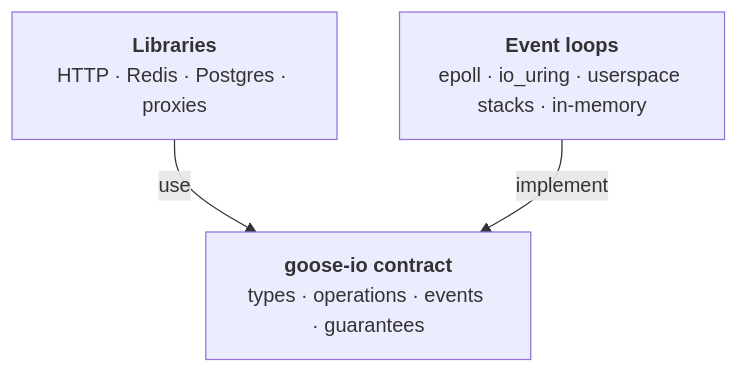
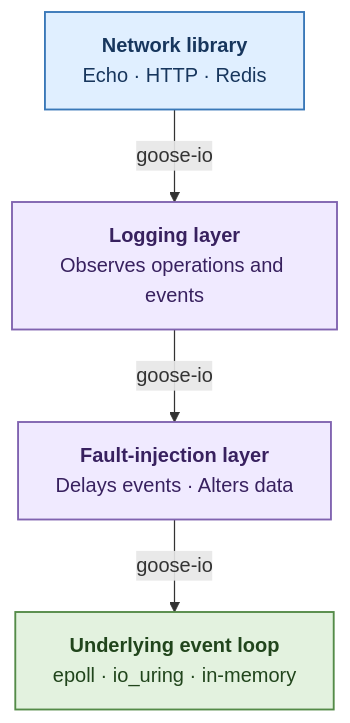
Before and after one commit to BHare1985/goose-io: the third of 3 diagrams in README.md, drawn with Mermaid. The commit also changed other lines of this file, not shown here.

First line of the commit message:
README: add the HTTP-server-calls-Postgres case, and colour the diagrams

````diff
--- a/README.md
+++ b/README.md
@@ -17,8 +215,19 @@
 ```mermaid
 flowchart TB
-    L["<b>Libraries</b><br/>HTTP · Redis · Postgres · proxies"]
-    C["<b>goose-io contract</b><br/>types · operations · events · guarantees"]
-    E["<b>Event loops</b><br/>epoll · io_uring · userspace stacks · in-memory"]
-    L -- "use" --> C
-    E -- "implement" --> C
+    L["<b>Network library</b><br/>Echo · HTTP · Redis"]
+    W1["<b>Logging layer</b><br/>Observes operations and events"]
+    W2["<b>Fault-injection layer</b><br/>Delays events · Alters data"]
+    P["<b>Underlying event loop</b><br/>epoll · io_uring · in-memory"]
+
+    L -->|"goose-io"| W1
+    W1 -->|"goose-io"| W2
+    W2 -->|"goose-io"| P
+
+    classDef library fill:#e0efff,stroke:#3978b8,color:#17365d,stroke-width:1.5px
+    classDef layer fill:#f0eaff,stroke:#8063b0,color:#38215f,stroke-width:1.5px
+    classDef loop fill:#e3f2df,stroke:#548b48,color:#21451c,stroke-width:1.5px
+
+    class L library
+    class W1,W2 layer
+    class P loop
 ```
````
